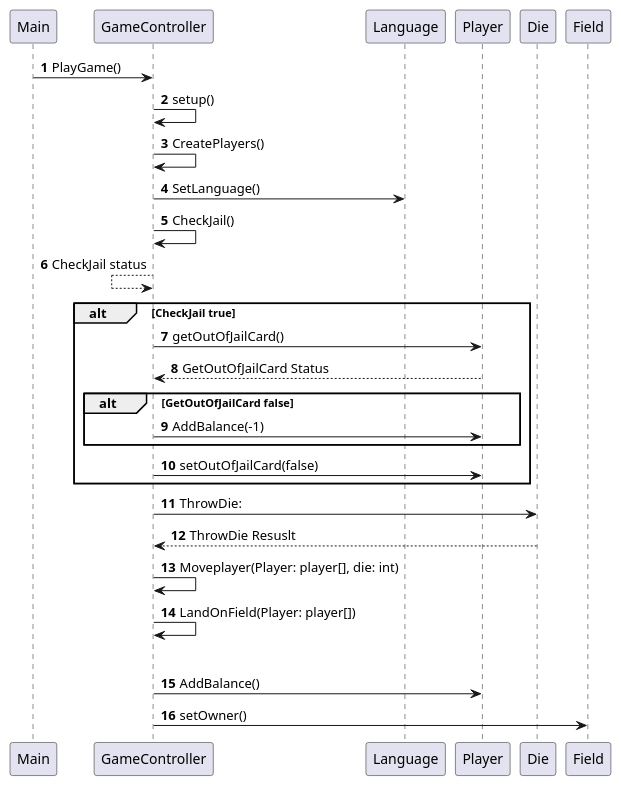
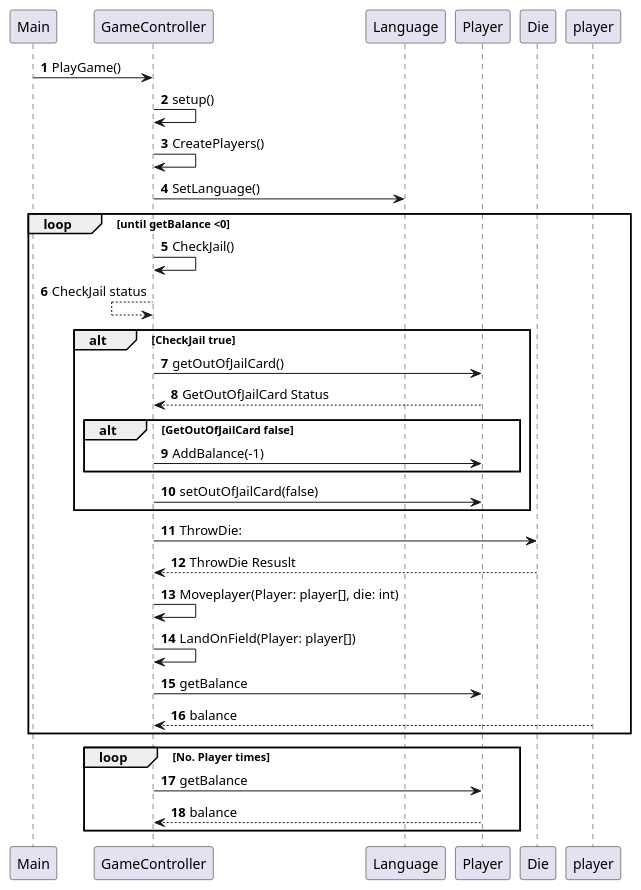
One commit to Magnusrk/CDIO3 changed the diagram in src/main/java/org/g16/UMLDiagrams/SSD.puml. Above: the diagram before and after it, drawn with PlantUML. The commit also changed 2 other files, not shown here.

Commit message:
UML Diagrams

```diff
--- a/src/main/java/org/g16/UMLDiagrams/SSD.puml
+++ b/src/main/java/org/g16/UMLDiagrams/SSD.puml
@@ -1,28 +1,32 @@
 @startuml
 'https://plantuml.com/sequence-diagram
 
 autonumber
 
 Main -> GameController: PlayGame()
 GameController -> GameController: setup()
 GameController -> GameController: CreatePlayers()
 GameController -> Language: SetLanguage()
+Loop until getBalance <0
 GameController -> GameController: CheckJail()
 GameController <-- GameController: CheckJail status
 alt CheckJail true
     GameController -> Player: getOutOfJailCard()
     GameController <-- Player: GetOutOfJailCard Status
     alt GetOutOfJailCard false
     GameController -> Player: AddBalance(-1)
     end
     GameController -> Player: setOutOfJailCard(false)
     end
 GameController -> Die: ThrowDie:
 GameController <-- Die: ThrowDie Resuslt
 GameController -> GameController: Moveplayer(Player: player[], die: int)
 GameController -> GameController: LandOnField(Player: player[])
-alt propertyfield
-    GameController -> Player: AddBalance()
-    GameController -> Field: setOwner()
-
+GameController -> Player: getBalance
+GameController <-- player: balance
+end
+Loop No. Player times
+GameController -> Player: getBalance
+GameController <-- Player: balance
+end
 @enduml
```
